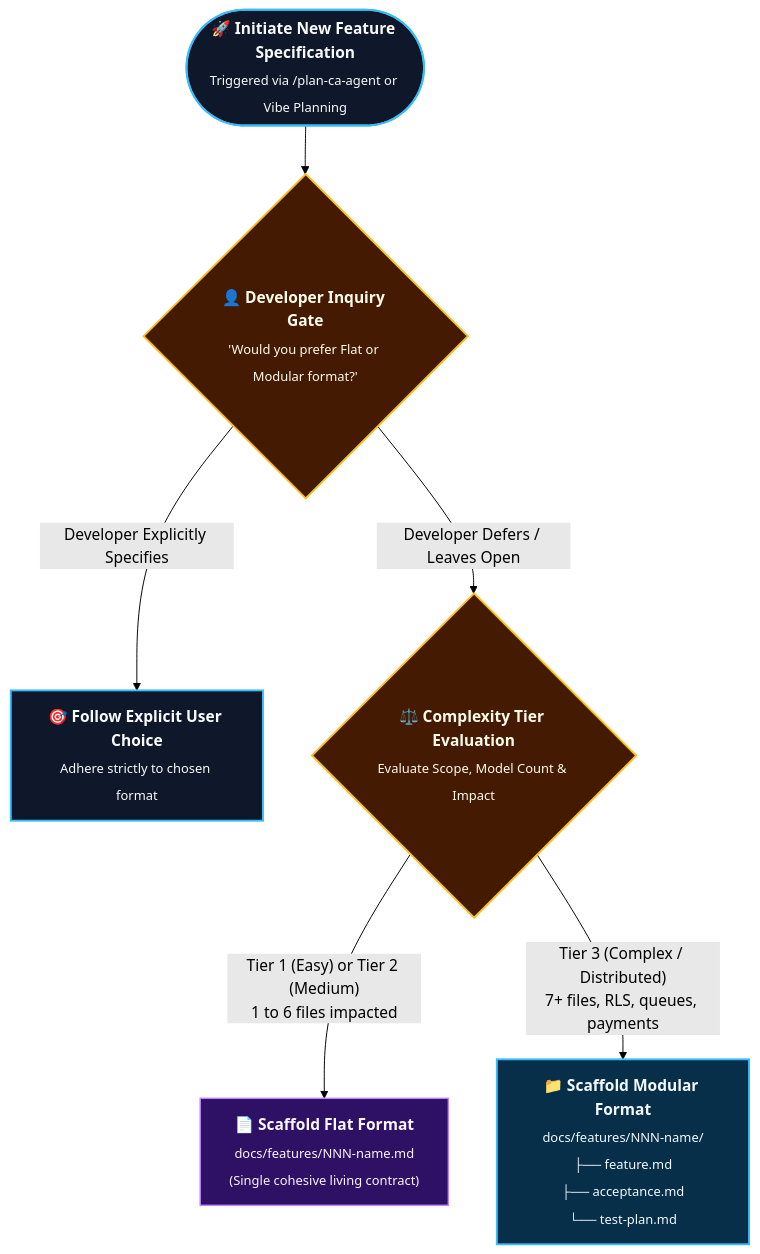
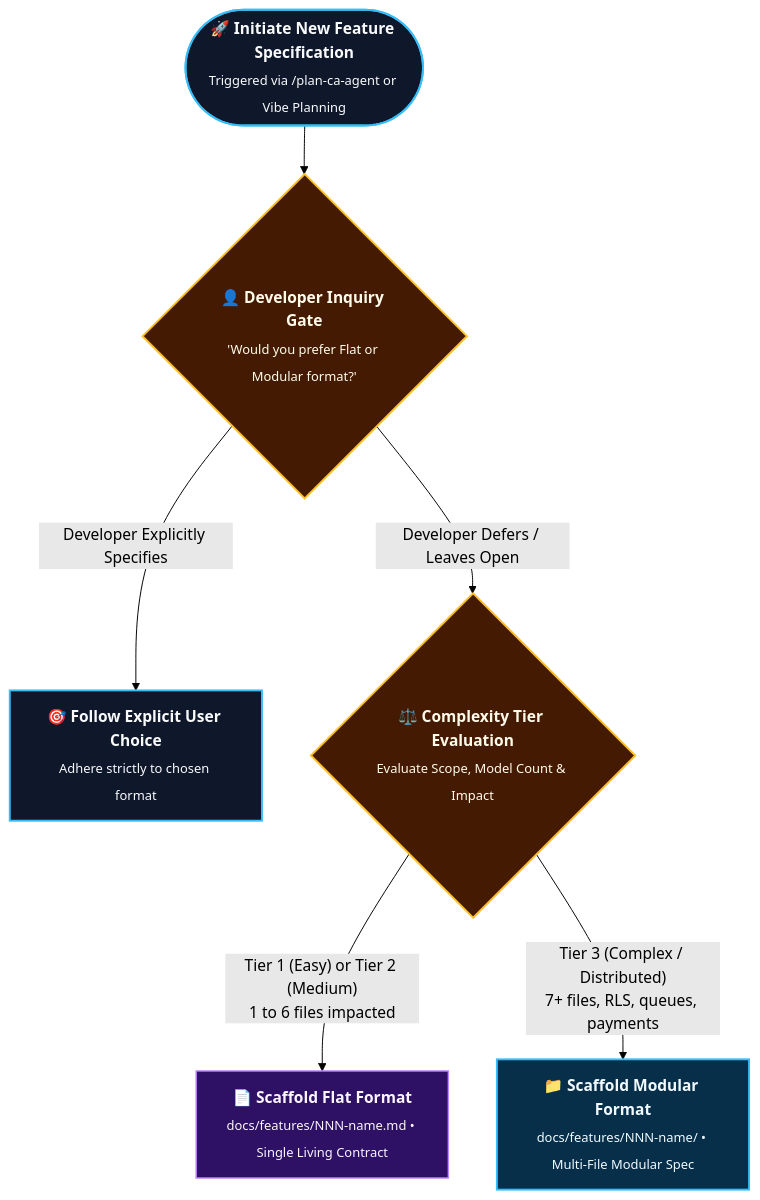
One commit to rmsofficialsyt/Agentic-AI-Vibe-Coding-AND-SDD-TDD-Codebase-Chandan-Adhikary changed the first of 3 diagrams in Vibe-Coding-Chandan-Adhikary/Vibe-Coding/docs/features/README.md. Above: the diagram before and after it, drawn with Mermaid (forest theme). The commit also changed 14 other files, not shown here.

Commit message:
docs: standardize diagram card sizes, layouts, and UI sizing scale across frameworks

````diff
--- a/Vibe-Coding-Chandan-Adhikary/Vibe-Coding/docs/features/README.md
+++ b/Vibe-Coding-Chandan-Adhikary/Vibe-Coding/docs/features/README.md
@@ -25,15 +25,15 @@
 ```mermaid
 flowchart TD
     classDef start fill:#0f172a,stroke:#38bdf8,stroke-width:2px,color:#f8fafc;
     classDef gate fill:#451a03,stroke:#fbbf24,stroke-width:2px,color:#fffbeb;
     classDef flat fill:#2e1065,stroke:#c084fc,stroke-width:1.5px,color:#faf5ff;
     classDef modular fill:#082f49,stroke:#38bdf8,stroke-width:2px,color:#f0f9ff;
 
     Start(["<b>🚀 Initiate New Feature Specification</b><br/><sub>Triggered via /plan-ca-agent or Vibe Planning</sub>"]):::start --> DevAsk{"<b>👤 Developer Inquiry Gate</b><br/><sub>'Would you prefer Flat or Modular format?'</sub>"}:::gate
     
     DevAsk -->|"Developer Explicitly Specifies"| UserChoice["<b>🎯 Follow Explicit User Choice</b><br/><sub>Adhere strictly to chosen format</sub>"]:::start
     DevAsk -->|"Developer Defers / Leaves Open"| AutoTier{"<b>⚖️ Complexity Tier Evaluation</b><br/><sub>Evaluate Scope, Model Count & Impact</sub>"}:::gate
     
-    AutoTier -->|"Tier 1 (Easy) or Tier 2 (Medium)<br/>1 to 6 files impacted"| FlatFormat["<b>📄 Scaffold Flat Format</b><br/><sub>docs/features/NNN-name.md<br/>(Single cohesive living contract)</sub>"]:::flat
-    AutoTier -->|"Tier 3 (Complex / Distributed)<br/>7+ files, RLS, queues, payments"| ModularFormat["<b>📁 Scaffold Modular Format</b><br/><sub>docs/features/NNN-name/<br/>├── feature.md<br/>├── acceptance.md<br/>└── test-plan.md</sub>"]:::modular
+    AutoTier -->|"Tier 1 (Easy) or Tier 2 (Medium)<br/>1 to 6 files impacted"| FlatFormat["<b>📄 Scaffold Flat Format</b><br/><sub>docs/features/NNN-name.md • Single Living Contract</sub>"]:::flat
+    AutoTier -->|"Tier 3 (Complex / Distributed)<br/>7+ files, RLS, queues, payments"| ModularFormat["<b>📁 Scaffold Modular Format</b><br/><sub>docs/features/NNN-name/ • Multi-File Modular Spec</sub>"]:::modular
 ```
````
